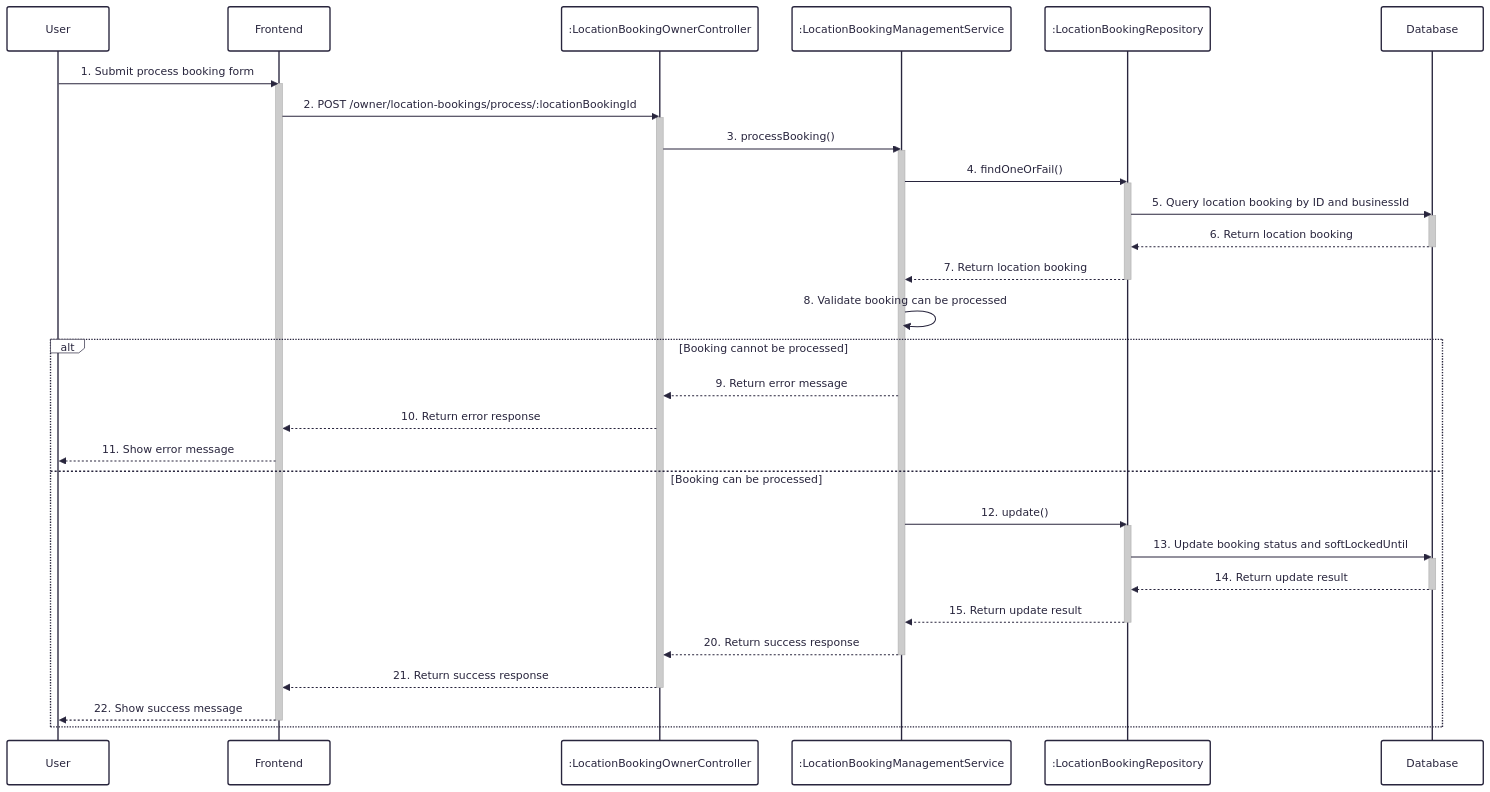
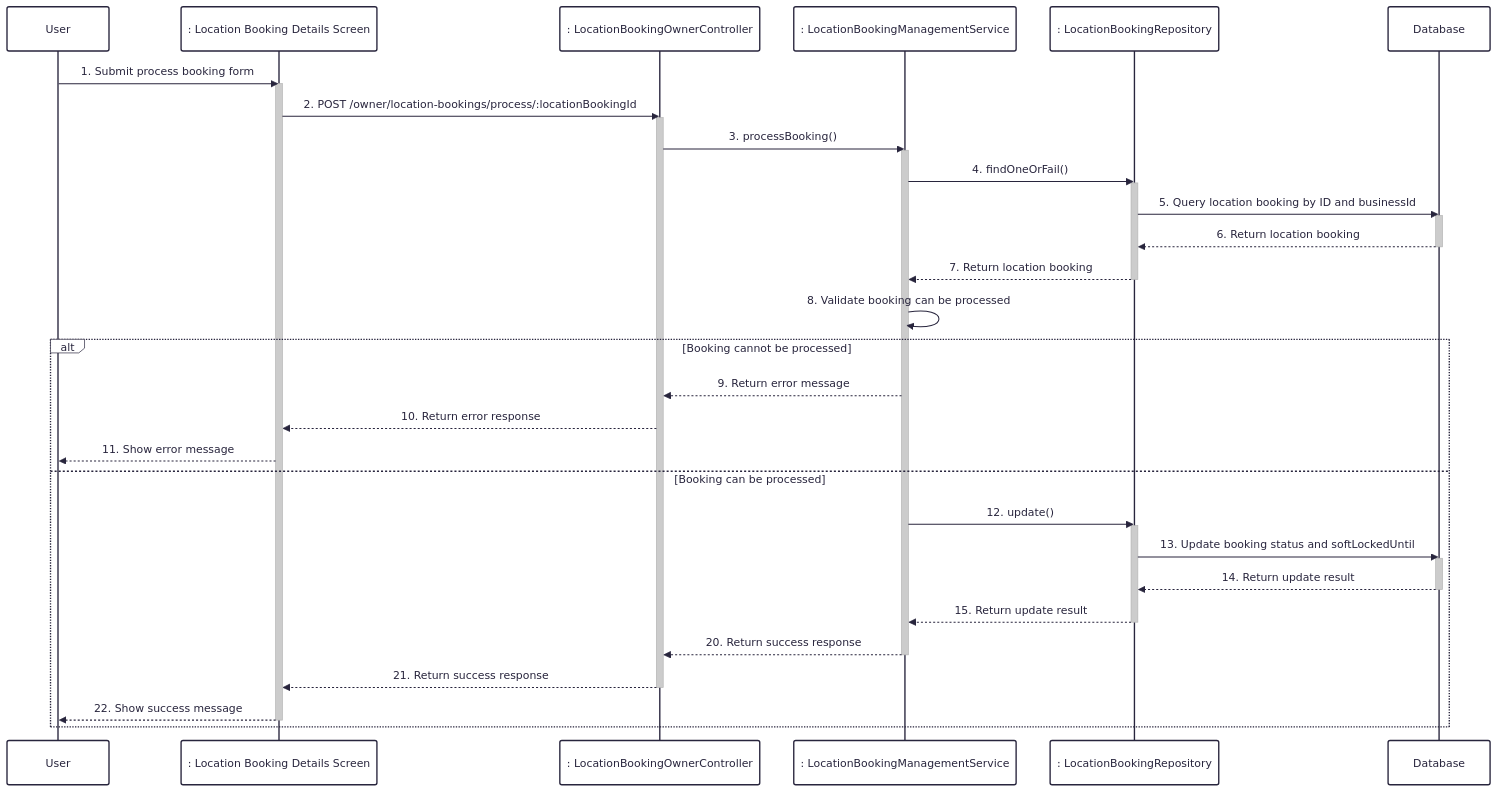
Before and after one commit to UrbanLens-2025/urban-lens_server: the diagram in docs/sequence/8-process-location-booking.md, drawn with Mermaid. The commit also changed 11 other files, not shown here.

Commit message:
Sequence diagrams

````diff
--- a/docs/sequence/8-process-location-booking.md
+++ b/docs/sequence/8-process-location-booking.md
@@ -1,50 +1,50 @@
 ```mermaid
 ---
 config:
   theme: redux
   look: classic
 ---
 sequenceDiagram
     participant User
-    participant Frontend
-    participant LocationBookingOwnerController as :LocationBookingOwnerController
-    participant LocationBookingManagementService as :LocationBookingManagementService
-    participant LocationBookingRepository as :LocationBookingRepository
+    participant Frontend as : Location Booking Details Screen
+    participant LocationBookingOwnerController as : LocationBookingOwnerController
+    participant LocationBookingManagementService as : LocationBookingManagementService
+    participant LocationBookingRepository as : LocationBookingRepository
     participant Database
 
     User->>Frontend: 1. Submit process booking form
     activate Frontend
     Frontend->>LocationBookingOwnerController: 2. POST /owner/location-bookings/process/:locationBookingId
     activate LocationBookingOwnerController
     LocationBookingOwnerController->>LocationBookingManagementService: 3. processBooking()
     activate LocationBookingManagementService
     LocationBookingManagementService->>LocationBookingRepository: 4. findOneOrFail()
     activate LocationBookingRepository
     LocationBookingRepository->>Database: 5. Query location booking by ID and businessId
     activate Database
     Database-->>LocationBookingRepository: 6. Return location booking
     deactivate Database
     LocationBookingRepository-->>LocationBookingManagementService: 7. Return location booking
     deactivate LocationBookingRepository
     LocationBookingManagementService->>LocationBookingManagementService: 8. Validate booking can be processed
     alt Booking cannot be processed
         LocationBookingManagementService-->>LocationBookingOwnerController: 9. Return error message
         LocationBookingOwnerController-->>Frontend: 10. Return error response
         Frontend-->>User: 11. Show error message
     else Booking can be processed
         LocationBookingManagementService->>LocationBookingRepository: 12. update()
         activate LocationBookingRepository
         LocationBookingRepository->>Database: 13. Update booking status and softLockedUntil
         activate Database
         Database-->>LocationBookingRepository: 14. Return update result
         deactivate Database
         LocationBookingRepository-->>LocationBookingManagementService: 15. Return update result
         deactivate LocationBookingRepository
         LocationBookingManagementService-->>LocationBookingOwnerController: 20. Return success response
         deactivate LocationBookingManagementService
         LocationBookingOwnerController-->>Frontend: 21. Return success response
         deactivate LocationBookingOwnerController
         Frontend-->>User: 22. Show success message
         deactivate Frontend
     end
 ```
````
